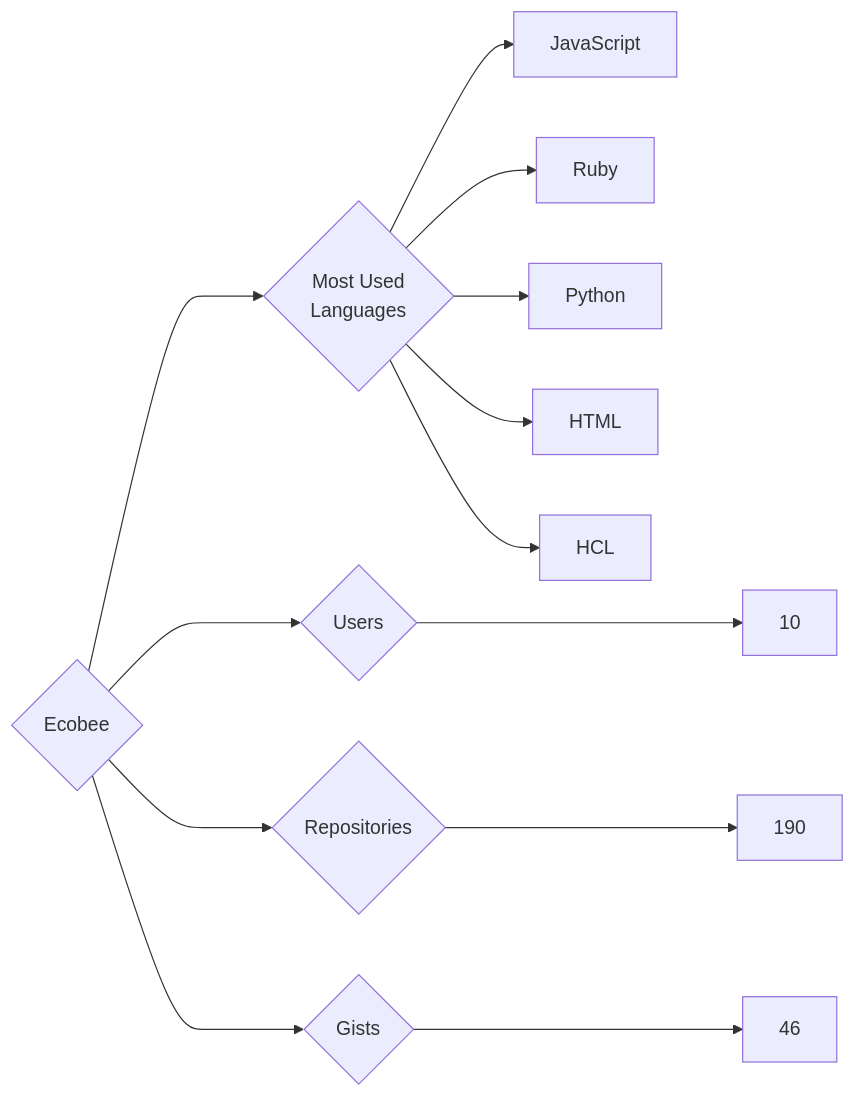
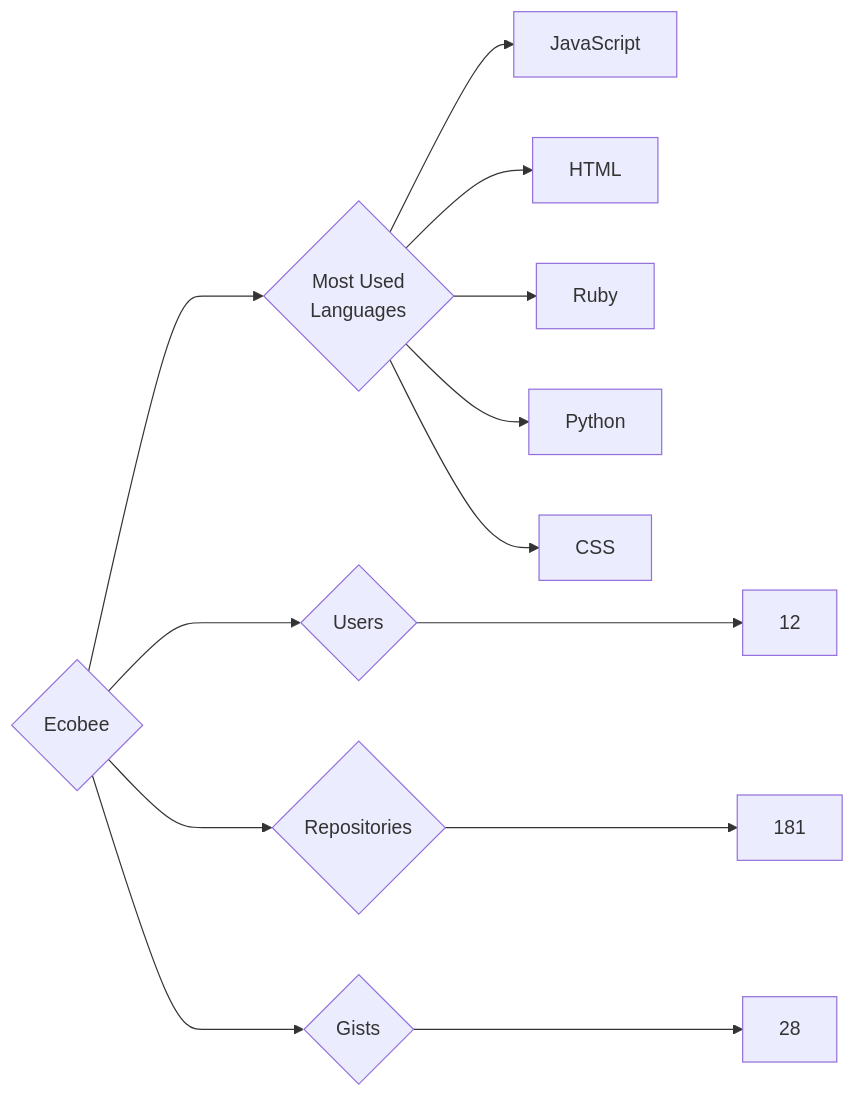
The diagram in targets/Ecobee/README.md (trickest/insiders), drawn with Mermaid before and after one commit. The commit also changed 953 other files, not shown here.

````diff
--- a/targets/Ecobee/README.md
+++ b/targets/Ecobee/README.md
@@ -3,13 +3,13 @@
 ```mermaid
 graph LR
 COMPANY_NAME{Ecobee}
-COMPANY_NAME ---> U{Users} ---> UN[10]
-COMPANY_NAME ---> R{Repositories} ---> RN[190]
-COMPANY_NAME ---> G{Gists} ---> GN[46]
+COMPANY_NAME ---> U{Users} ---> UN[12]
+COMPANY_NAME ---> R{Repositories} ---> RN[181]
+COMPANY_NAME ---> G{Gists} ---> GN[28]
 COMPANY_NAME ---> ML{Most Used<br>Languages}
 ML --> JavaScript[JavaScript]
+ML --> HTML[HTML]
 ML --> Ruby[Ruby]
 ML --> Python[Python]
-ML --> HTML[HTML]
-ML --> HCL[HCL]
+ML --> CSS[CSS]
 ```
````
